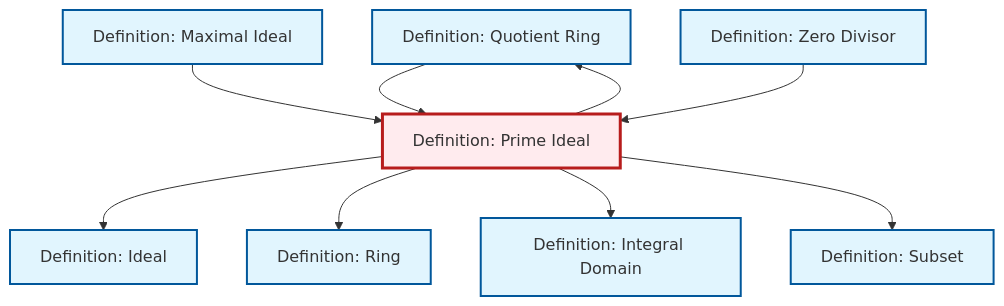
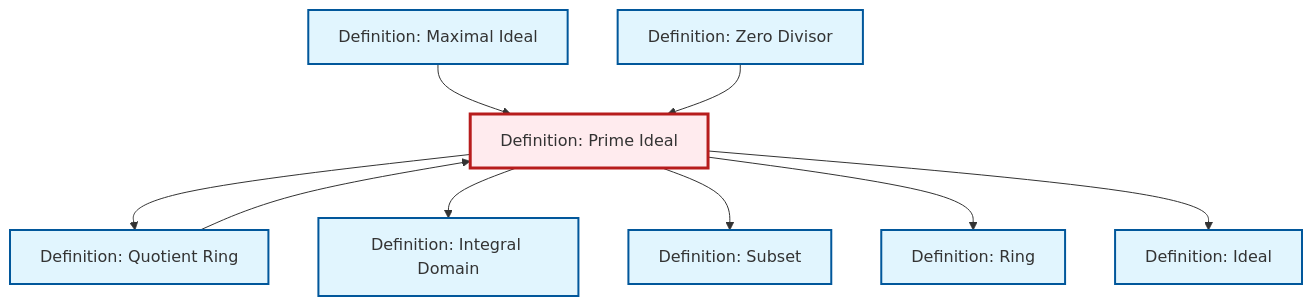
The diagram in content/en/algebra/def-prime-ideal.qmd (RK0429/ModernMath), drawn with Mermaid before and after one commit. The commit also changed other lines of this file and 1069 other files, not shown here.

````diff
--- a/content/en/algebra/def-prime-ideal.qmd
+++ b/content/en/algebra/def-prime-ideal.qmd
@@ -85,33 +85,33 @@
 ```{mermaid}
 %%| fig-cap: "Local dependency graph"
 graph TD
     classDef definition fill:#e1f5fe,stroke:#01579b,stroke-width:2px
     classDef theorem fill:#f3e5f5,stroke:#4a148c,stroke-width:2px
     classDef axiom fill:#fff3e0,stroke:#e65100,stroke-width:2px
     classDef example fill:#e8f5e9,stroke:#1b5e20,stroke-width:2px
     classDef current fill:#ffebee,stroke:#b71c1c,stroke-width:3px
+    def-zero-divisor["Definition: Zero Divisor"]:::definition
+    def-prime-ideal["Definition: Prime Ideal"]:::definition
+    def-ideal["Definition: Ideal"]:::definition
+    def-maximal-ideal["Definition: Maximal Ideal"]:::definition
     def-quotient-ring["Definition: Quotient Ring"]:::definition
-    def-maximal-ideal["Definition: Maximal Ideal"]:::definition
-    def-prime-ideal["Definition: Prime Ideal"]:::definition
+    def-integral-domain["Definition: Integral Domain"]:::definition
     def-ring["Definition: Ring"]:::definition
     def-subset["Definition: Subset"]:::definition
-    def-ideal["Definition: Ideal"]:::definition
-    def-zero-divisor["Definition: Zero Divisor"]:::definition
-    def-integral-domain["Definition: Integral Domain"]:::definition
+    def-prime-ideal --> def-quotient-ring
+    def-prime-ideal --> def-integral-domain
+    def-prime-ideal --> def-subset
+    def-quotient-ring --> def-prime-ideal
+    def-prime-ideal --> def-ring
+    def-maximal-ideal --> def-prime-ideal
+    def-zero-divisor --> def-prime-ideal
     def-prime-ideal --> def-ideal
-    def-prime-ideal --> def-ring
-    def-quotient-ring --> def-prime-ideal
-    def-maximal-ideal --> def-prime-ideal
-    def-prime-ideal --> def-integral-domain
-    def-zero-divisor --> def-prime-ideal
-    def-prime-ideal --> def-quotient-ring
-    def-prime-ideal --> def-subset
     class def-prime-ideal current
+    click def-zero-divisor "def-zero-divisor.html" "Go to Zero Divisor definition"
+    click def-ideal "def-ideal.html" "Go to Ideal definition"
+    click def-maximal-ideal "def-maximal-ideal.html" "Go to Maximal Ideal definition"
     click def-quotient-ring "def-quotient-ring.html" "Go to Quotient Ring definition"
-    click def-maximal-ideal "def-maximal-ideal.html" "Go to Maximal Ideal definition"
+    click def-integral-domain "def-integral-domain.html" "Go to Integral Domain definition"
     click def-ring "def-ring.html" "Go to Ring definition"
     click def-subset "def-subset.html" "Go to Subset definition"
-    click def-ideal "def-ideal.html" "Go to Ideal definition"
-    click def-zero-divisor "def-zero-divisor.html" "Go to Zero Divisor definition"
-    click def-integral-domain "def-integral-domain.html" "Go to Integral Domain definition"
 ```
````
